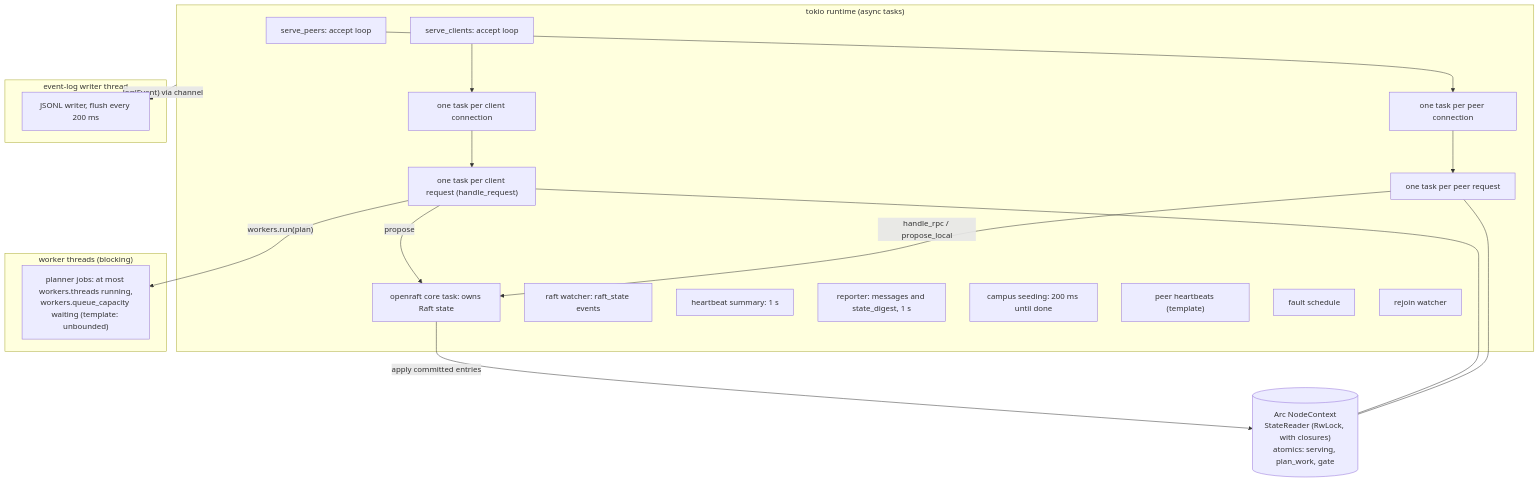
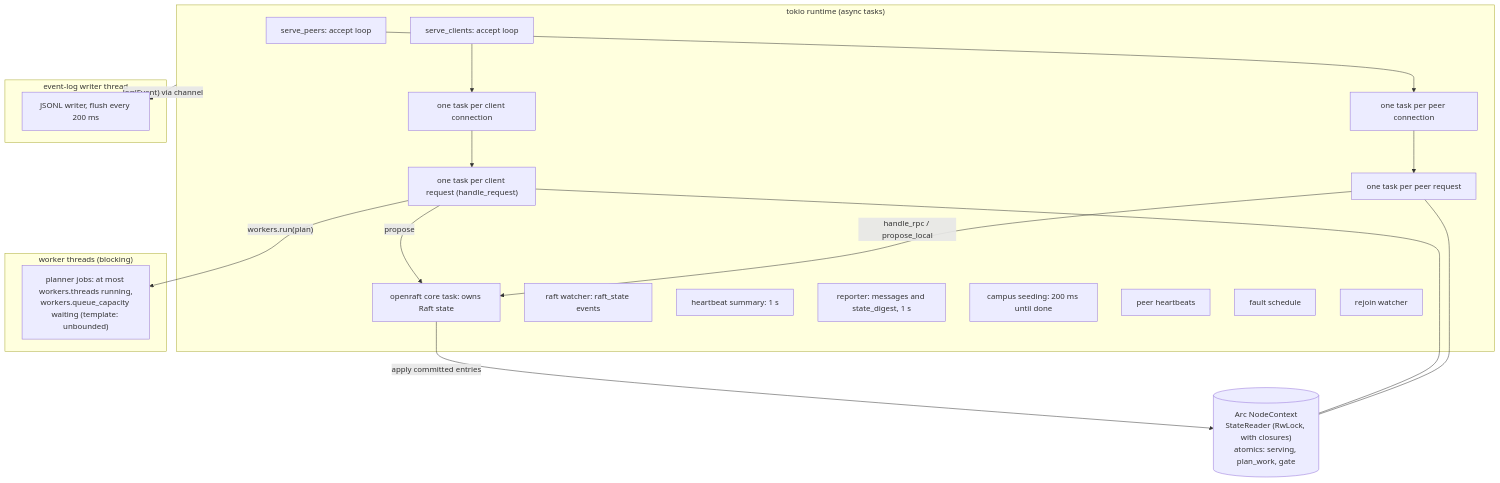
Diagram 25 of 26 in docs/architecture.md (noortaytoy1/DistributedSystems), drawn with Mermaid before and after one commit. The commit also changed other lines of this file and 4 other files, not shown here.

First line of the commit message:
Add peer heartbeats that suspect a silent peer after 150 ms

````diff
--- a/docs/architecture.md
+++ b/docs/architecture.md
@@ -898,31 +899,31 @@
 ```mermaid
 flowchart TB
     subgraph RT["tokio runtime (async tasks)"]
         PS["serve_peers: accept loop"] --> PCX["one task per peer connection"]
         PCX --> PRQ["one task per peer request"]
         CSV["serve_clients: accept loop"] --> CCX["one task per client connection"]
         CCX --> CRQ["one task per client request (handle_request)"]
         ORC["openraft core task: owns Raft state"]
         RW["raft watcher: raft_state events"]
         HBS["heartbeat summary: 1 s"]
         REP["reporter: messages and state_digest, 1 s"]
         SEED["campus seeding: 200 ms until done"]
-        HBT["peer heartbeats (template)"]
+        HBT["peer heartbeats"]
         FLT["fault schedule"]
         RJ["rejoin watcher"]
     end
     subgraph POOL["worker threads (blocking)"]
         W["planner jobs: at most workers.threads running,<br/>workers.queue_capacity waiting (template: unbounded)"]
     end
     subgraph LOGT["event-log writer thread"]
         EL["JSONL writer, flush every 200 ms"]
     end
     CTX[("Arc NodeContext<br/>StateReader (RwLock, with closures)<br/>atomics: serving, plan_work, gate")]
     CRQ -->|"workers.run(plan)"| W
     CRQ -->|propose| ORC
     PRQ -->|"handle_rpc / propose_local"| ORC
     ORC -->|apply committed entries| CTX
     CRQ --- CTX
     PRQ --- CTX
     RT -->|"log(Event) via channel"| EL
 ```
````
